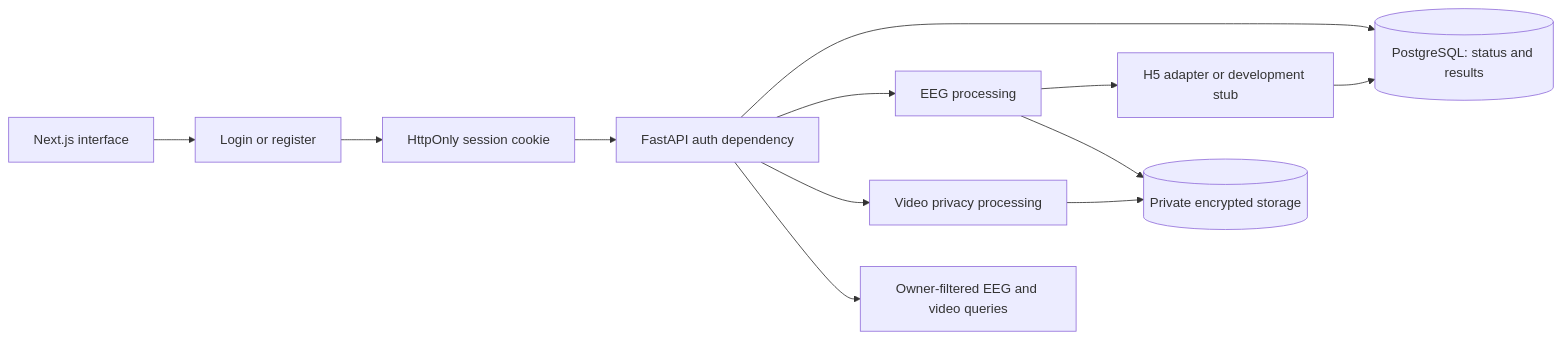
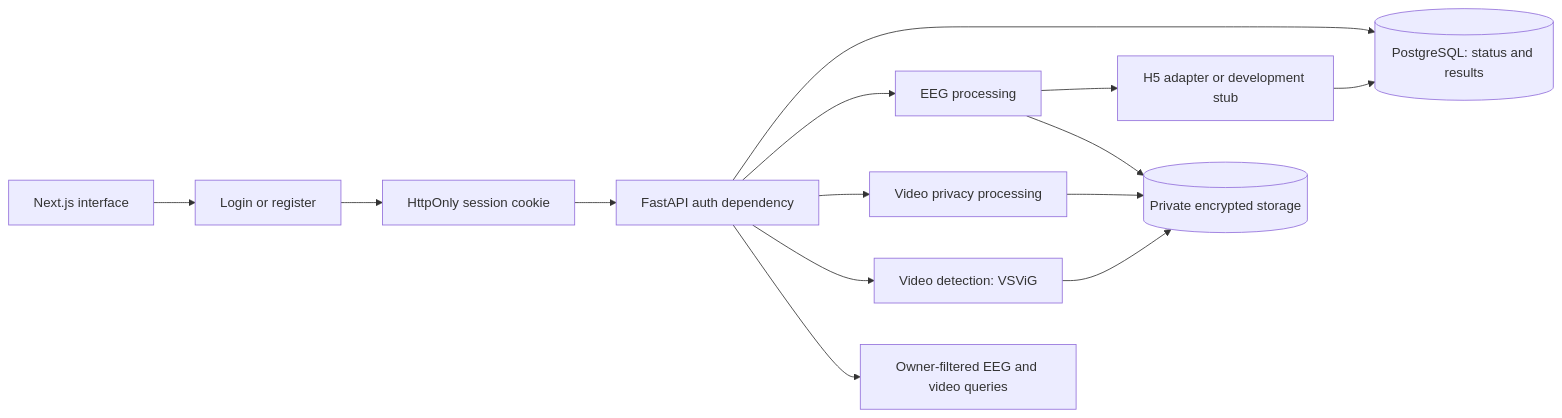
One commit to 4ffaad/FYP-MDS01 changed the diagram in README.md. Above: the diagram before and after it, drawn with Mermaid. The commit also changed other lines of this file and 39 other files, not shown here.

Commit message:
video detection

````diff
--- a/README.md
+++ b/README.md
@@ -38,14 +39,16 @@
 ```mermaid
 flowchart LR
     Browser[Next.js interface] --> Auth[Login or register]
     Auth --> Cookie[HttpOnly session cookie]
     Cookie --> API[FastAPI auth dependency]
     API --> DB[(PostgreSQL: status and results)]
     API --> EEG[EEG processing]
     API --> Video[Video privacy processing]
+    API --> Detection[Video detection: VSViG]
+    Detection --> Files
     EEG --> Model[H5 adapter or development stub]
     Model --> DB
     EEG --> Files[(Private encrypted storage)]
     Video --> Files
     API --> Owner[Owner-filtered EEG and video queries]
 ```
````
